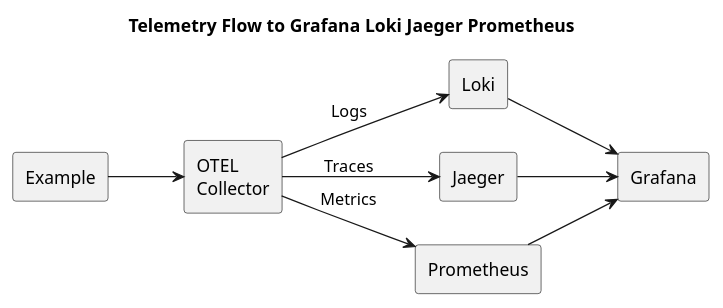
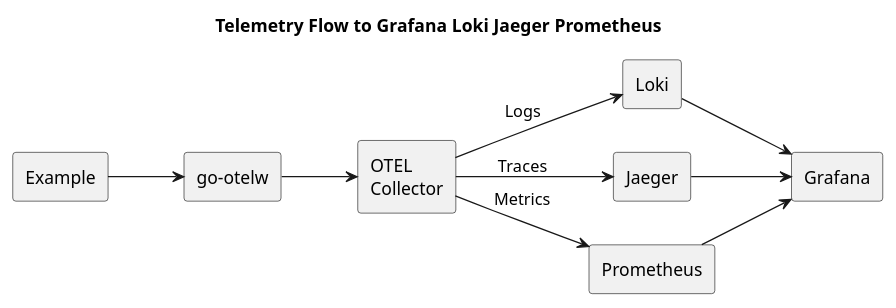
One commit to yolkhovyy/go-otelw changed the diagram in docs/diagrams/grafana-loki-jaeger.puml. Above: the diagram before and after it, drawn with PlantUML. The commit also changed 46 other files, not shown here.

```diff
--- a/docs/diagrams/grafana-loki-jaeger.puml
+++ b/docs/diagrams/grafana-loki-jaeger.puml
@@ -1,20 +1,22 @@
 @startuml grafana-loki-jaeger
 title Telemetry Flow to Grafana Loki Jaeger Prometheus
 left to right direction
 
 agent Example as EX
+agent "go-otelw" as OW
 agent "OTEL\nCollector" as OC
 agent Loki
 agent Jaeger
 agent Prometheus
 agent Grafana
 
-EX --> OC
+EX --> OW
+OW --> OC
 OC --> Loki: "Logs"
 OC --> Jaeger: "Traces"
 OC --> Prometheus: "Metrics"
 Loki --> Grafana
 Jaeger --> Grafana
 Prometheus --> Grafana
 
 @enduml
```
